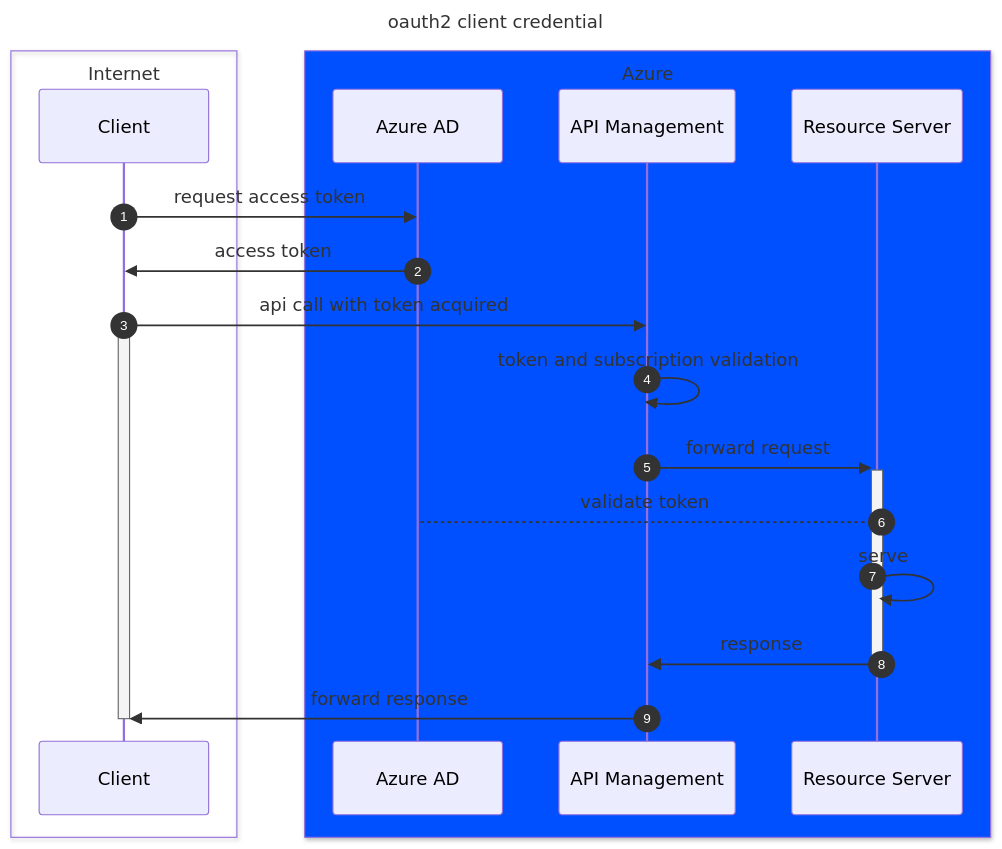
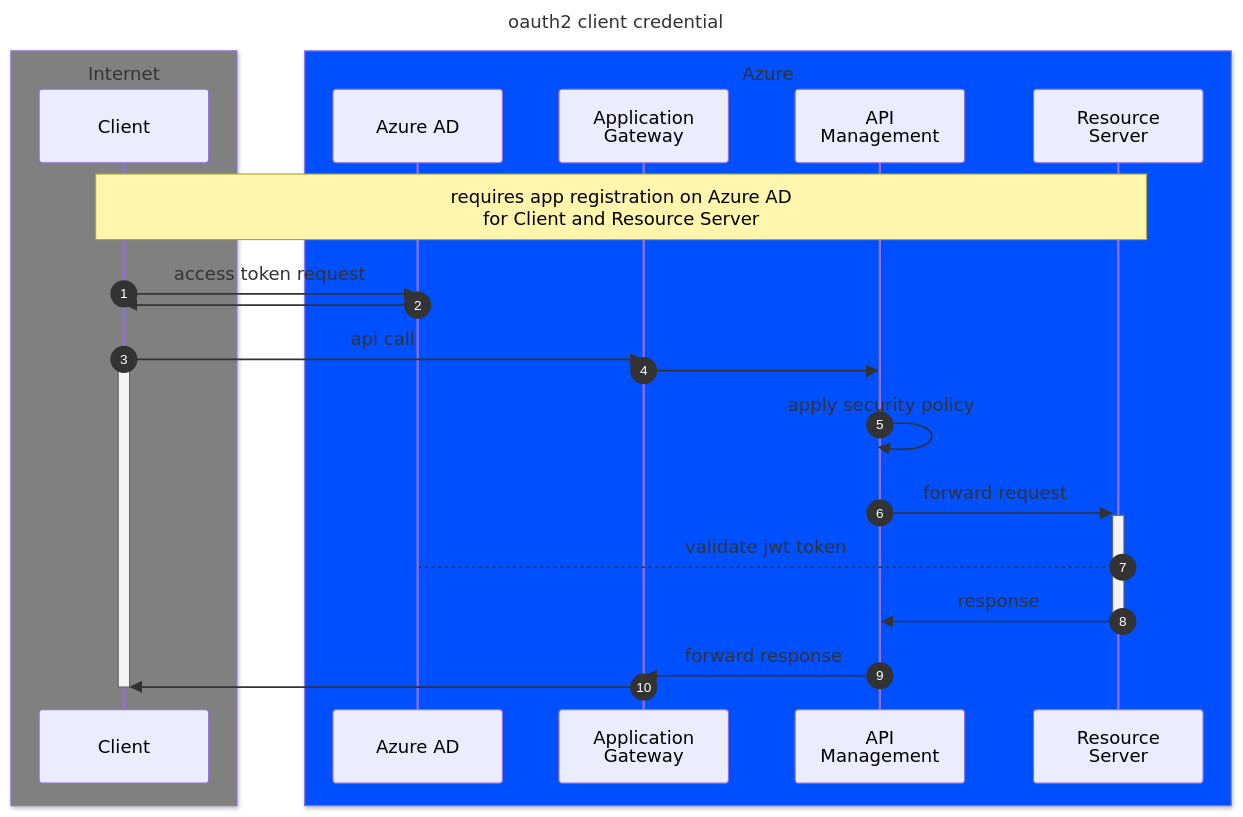
One commit to antoniocaccamo/labs-apim changed the diagram in README.md. Above: the diagram before and after it, drawn with Mermaid.

Commit message:
UPD : scenario

````diff
--- a/README.md
+++ b/README.md
@@ -5,26 +5,38 @@
 ```mermaid
 sequenceDiagram
-    title oauth2 client credential 
-    box Internet 
-    participant C as Client
+  
+    title: oauth2 client credential 
+  
+    box gray Internet 
+    participant C as Client 
     end
+
     box rgb(0, 80, 255) Azure
     participant AAD as Azure AD
-    participant A as API Management 
-    participant R as Resource Server
+    participant AG as Application<br/>Gateway 
+    participant APM as API <br/> Management 
+    participant R as Resource<br/>Server
     end
 
+    
     autonumber
-    C ->> AAD: request access token
-    AAD ->> C: access token    
-    C  ->> A: api call with token acquired    
+    Note over C, R:  requires app registration on Azure AD <br> for Client and Resource Server 
+    %% token acquisition 
+    C ->> AAD: access token request
+    AAD ->> C: 
+    
+    %% api call
+    C  ->> AG: api call 
+    AG ->> APM:   
     activate C
-    A ->> A: token and subscription validation
-    A ->> +R: forward request 
-    R --> AAD:  validate token
-    R ->> R: serve
-    R ->> -A: response
-    A ->> C: forward  response
+    APM ->> APM: apply security policy
+    APM ->> +R: forward request 
+    R --> AAD:  validate jwt token
+%%  R ->> R: serve
+    R ->> -APM: response
+    APM ->> AG: forward  response
+    AG ->> C: 
     deactivate C
     
+    
 ```
````
